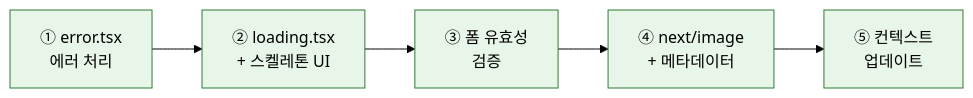
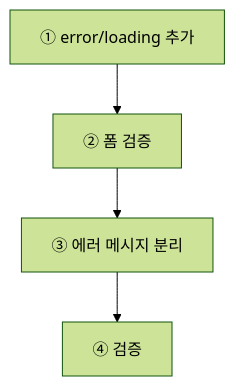
The diagram in docs/ch12A.md (rbwls098/my-first-web), drawn with Mermaid (forest theme) before and after one commit. The commit also changed other lines of this file and 30 other files, not shown here.

````diff
--- a/docs/ch12A.md
+++ b/docs/ch12A.md
@@ -46,13 +12,4 @@
 ```mermaid
-graph LR
-  A["① error.tsx<br/>에러 처리"] --> B["② loading.tsx<br/>+ 스켈레톤 UI"]
-  B --> C["③ 폼 유효성<br/>검증"]
-  C --> D["④ next/image<br/>+ 메타데이터"]
-  D --> E["⑤ 컨텍스트<br/>업데이트"]
-
-  style A fill:#E8F5E9,stroke:#2E7D32
-  style B fill:#E8F5E9,stroke:#2E7D32
-  style C fill:#E8F5E9,stroke:#2E7D32
-  style D fill:#E8F5E9,stroke:#2E7D32
-  style E fill:#E8F5E9,stroke:#2E7D32
+flowchart TD
+    A["① error/loading 추가"] --> B["② 폼 검증"] --> C["③ 에러 메시지 분리"] --> D["④ 검증"]
 ```
````
